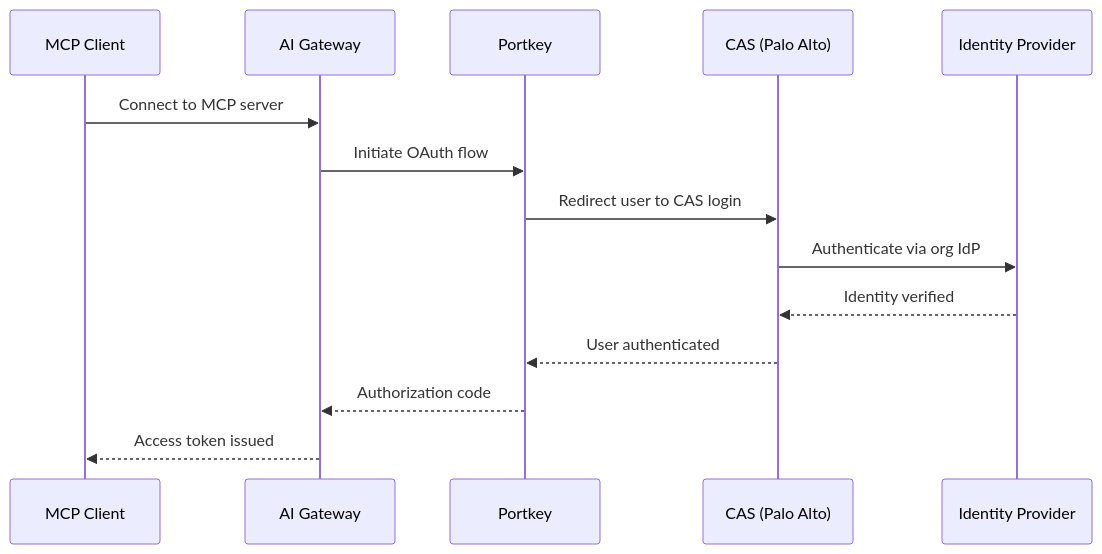
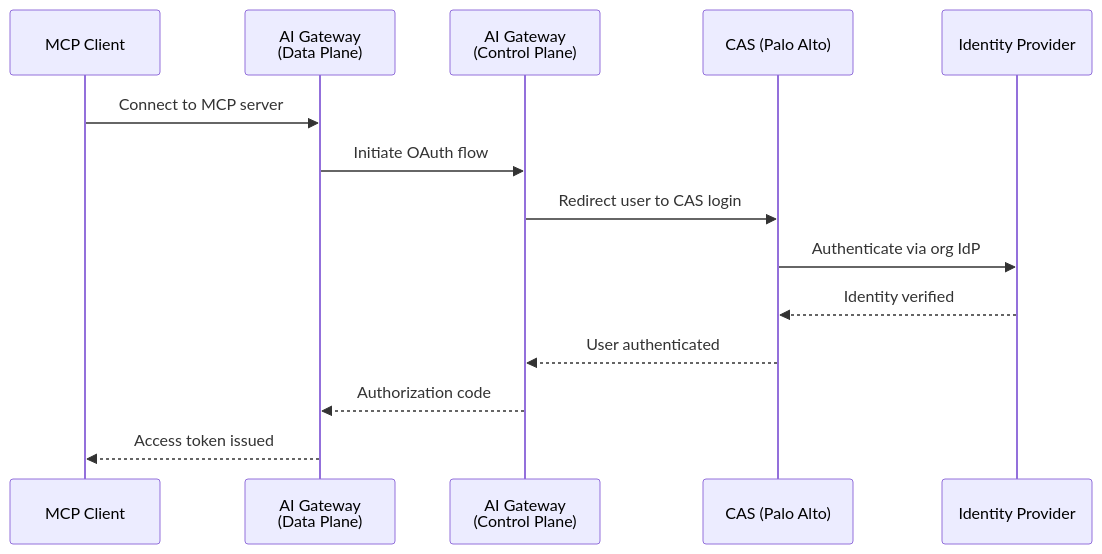
Before and after one commit to Portkey-AI/docs-core: the diagram in product/mcp-gateway/authentication/cas.mdx, drawn with Mermaid. The commit also changed other lines of this file, not shown here.

First line of the commit message:
docs: address review comments on CAS auth page

````diff
--- a/product/mcp-gateway/authentication/cas.mdx
+++ b/product/mcp-gateway/authentication/cas.mdx
@@ -21,17 +21,17 @@
 ```mermaid
 sequenceDiagram
     participant Client as MCP Client
-    participant Gateway as AI Gateway
-    participant Portkey as Portkey
+    participant Gateway as AI Gateway<br/>(Data Plane)
+    participant CP as AI Gateway<br/>(Control Plane)
     participant CAS as CAS (Palo Alto)
     participant IdP as Identity Provider
 
     Client->>Gateway: Connect to MCP server
-    Gateway->>Portkey: Initiate OAuth flow
-    Portkey->>CAS: Redirect user to CAS login
+    Gateway->>CP: Initiate OAuth flow
+    CP->>CAS: Redirect user to CAS login
     CAS->>IdP: Authenticate via org IdP
     IdP-->>CAS: Identity verified
-    CAS-->>Portkey: User authenticated
-    Portkey-->>Gateway: Authorization code
+    CAS-->>CP: User authenticated
+    CP-->>Gateway: Authorization code
     Gateway-->>Client: Access token issued
 ```
````
